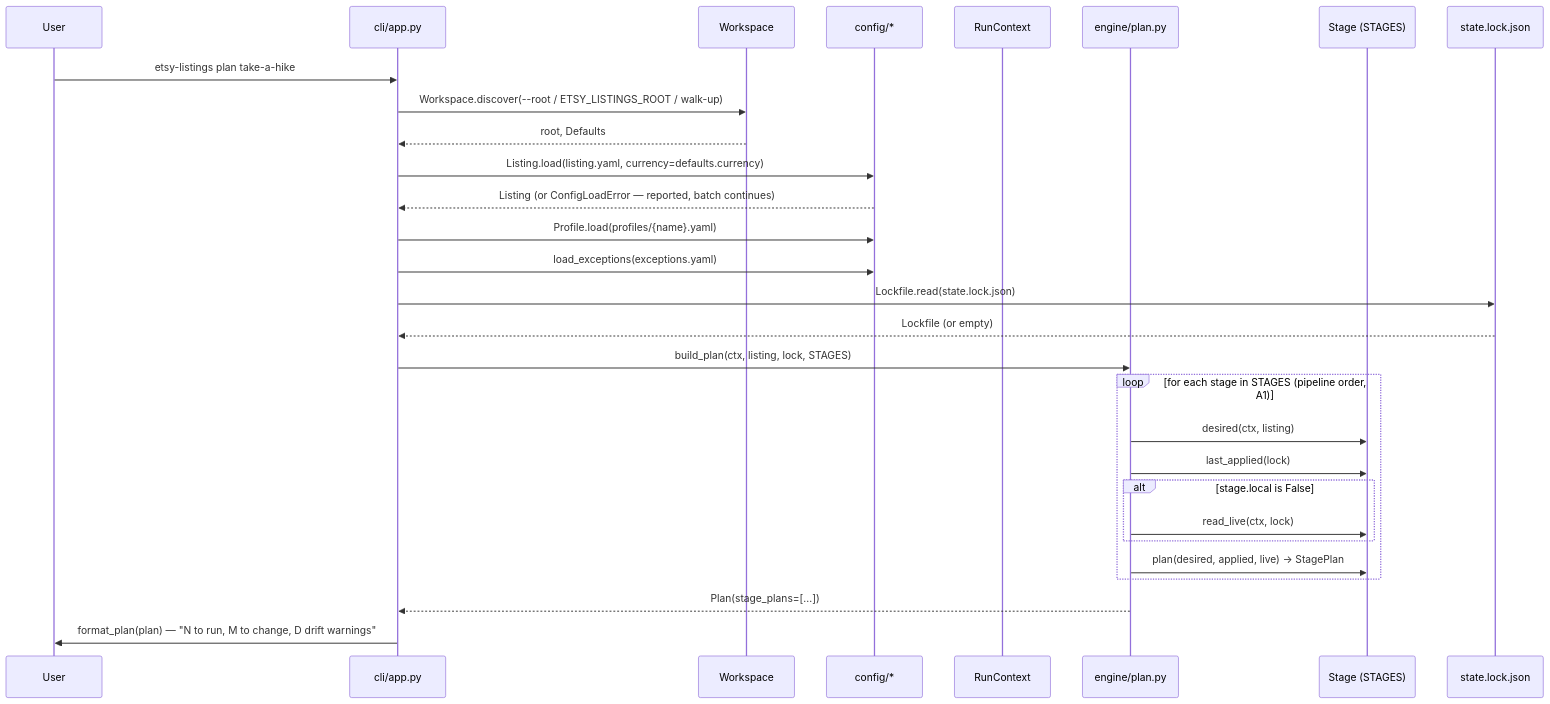
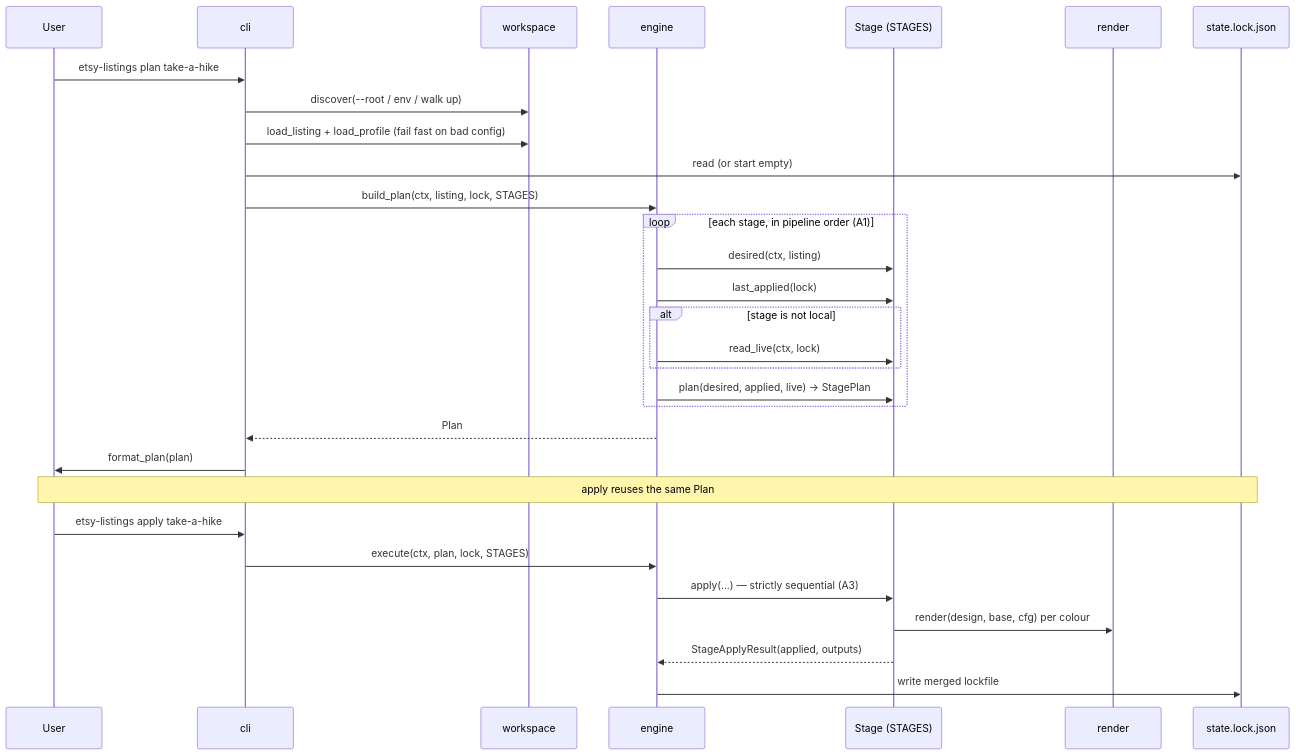
One commit to eli-jordan/etsy-listing-automation changed the second of 5 diagrams in docs/architecture.md. Above: the diagram before and after it, drawn with Mermaid. The commit also changed other lines of this file, not shown here.

First line of the commit message:
docs: rewrite the architecture diagram around coarse-grained modules

````diff
--- a/docs/architecture.md
+++ b/docs/architecture.md
@@ -82,32 +80,36 @@
 ```mermaid
 sequenceDiagram
     participant User
-    participant CLI as cli/app.py
-    participant WS as Workspace
-    participant Cfg as config/*
-    participant Ctx as RunContext
-    participant Plan as engine/plan.py
-    participant Stg as Stage (STAGES)
+    participant CLI as cli
+    participant WS as workspace
+    participant Engine as engine
+    participant Stage as Stage (STAGES)
+    participant Render as render
     participant Lock as state.lock.json
 
     User->>CLI: etsy-listings plan take-a-hike
-    CLI->>WS: Workspace.discover(--root / ETSY_LISTINGS_ROOT / walk-up)
-    WS-->>CLI: root, Defaults
-    CLI->>Cfg: Listing.load(listing.yaml, currency=defaults.currency)
-    Cfg-->>CLI: Listing (or ConfigLoadError — reported, batch continues)
-    CLI->>Cfg: Profile.load(profiles/{name}.yaml)
-    CLI->>Cfg: load_exceptions(exceptions.yaml)
-    CLI->>Lock: Lockfile.read(state.lock.json)
-    Lock-->>CLI: Lockfile (or empty)
-    CLI->>Plan: build_plan(ctx, listing, lock, STAGES)
-    loop for each stage in STAGES (pipeline order, A1)
-        Plan->>Stg: desired(ctx, listing)
-        Plan->>Stg: last_applied(lock)
-        alt stage.local is False
-            Plan->>Stg: read_live(ctx, lock)
+    CLI->>WS: discover(--root / env / walk up)
+    CLI->>WS: load_listing + load_profile (fail fast on bad config)
+    CLI->>Lock: read (or start empty)
+    CLI->>Engine: build_plan(ctx, listing, lock, STAGES)
+
+    loop each stage, in pipeline order (A1)
+        Engine->>Stage: desired(ctx, listing)
+        Engine->>Stage: last_applied(lock)
+        alt stage is not local
+            Engine->>Stage: read_live(ctx, lock)
         end
-        Plan->>Stg: plan(desired, applied, live) → StagePlan
+        Engine->>Stage: plan(desired, applied, live) → StagePlan
     end
-    Plan-->>CLI: Plan(stage_plans=[...])
-    CLI->>User: format_plan(plan) — "N to run, M to change, D drift warnings"
+
+    Engine-->>CLI: Plan
+    CLI->>User: format_plan(plan)
+
+    Note over User,Lock: apply reuses the same Plan
+    User->>CLI: etsy-listings apply take-a-hike
+    CLI->>Engine: execute(ctx, plan, lock, STAGES)
+    Engine->>Stage: apply(...) — strictly sequential (A3)
+    Stage->>Render: render(design, base, cfg) per colour
+    Stage-->>Engine: StageApplyResult(applied, outputs)
+    Engine->>Lock: write merged lockfile
 ```
````
